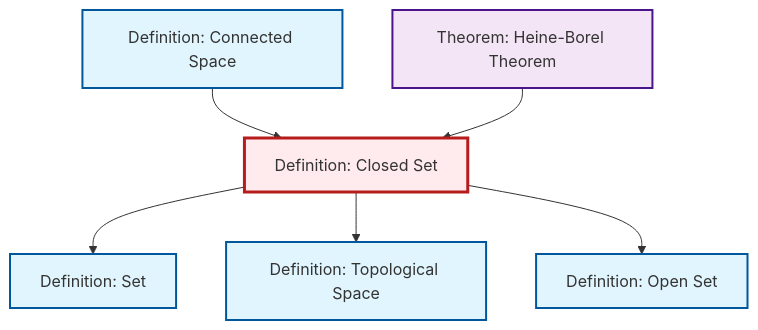
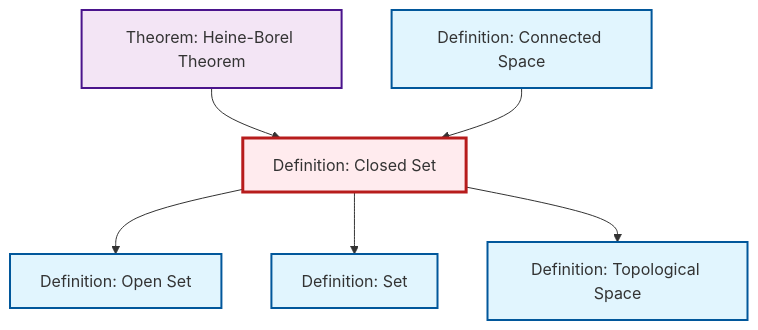
The diagram in content/en/topology/def-closed-set.qmd (RK0429/ModernMath), drawn with Mermaid before and after one commit. The commit also changed other lines of this file and 1069 other files, not shown here.

````diff
--- a/content/en/topology/def-closed-set.qmd
+++ b/content/en/topology/def-closed-set.qmd
@@ -44,26 +44,26 @@
 ```{mermaid}
 %%| fig-cap: "Local dependency graph"
 graph TD
     classDef definition fill:#e1f5fe,stroke:#01579b,stroke-width:2px
     classDef theorem fill:#f3e5f5,stroke:#4a148c,stroke-width:2px
     classDef axiom fill:#fff3e0,stroke:#e65100,stroke-width:2px
     classDef example fill:#e8f5e9,stroke:#1b5e20,stroke-width:2px
     classDef current fill:#ffebee,stroke:#b71c1c,stroke-width:3px
     def-set["Definition: Set"]:::definition
     def-connected["Definition: Connected Space"]:::definition
     def-open-set["Definition: Open Set"]:::definition
+    def-topological-space["Definition: Topological Space"]:::definition
     def-closed-set["Definition: Closed Set"]:::definition
     thm-heine-borel["Theorem: Heine-Borel Theorem"]:::theorem
-    def-topological-space["Definition: Topological Space"]:::definition
-    def-connected --> def-closed-set
+    def-closed-set --> def-open-set
+    thm-heine-borel --> def-closed-set
     def-closed-set --> def-set
     def-closed-set --> def-topological-space
-    def-closed-set --> def-open-set
-    thm-heine-borel --> def-closed-set
+    def-connected --> def-closed-set
     class def-closed-set current
     click def-set "def-set.html" "Go to Set definition"
     click def-connected "def-connected.html" "Go to Connected Space definition"
     click def-open-set "def-open-set.html" "Go to Open Set definition"
+    click def-topological-space "def-topological-space.html" "Go to Topological Space definition"
     click thm-heine-borel "thm-heine-borel.html" "Go to Heine-Borel Theorem theorem"
-    click def-topological-space "def-topological-space.html" "Go to Topological Space definition"
 ```
````
